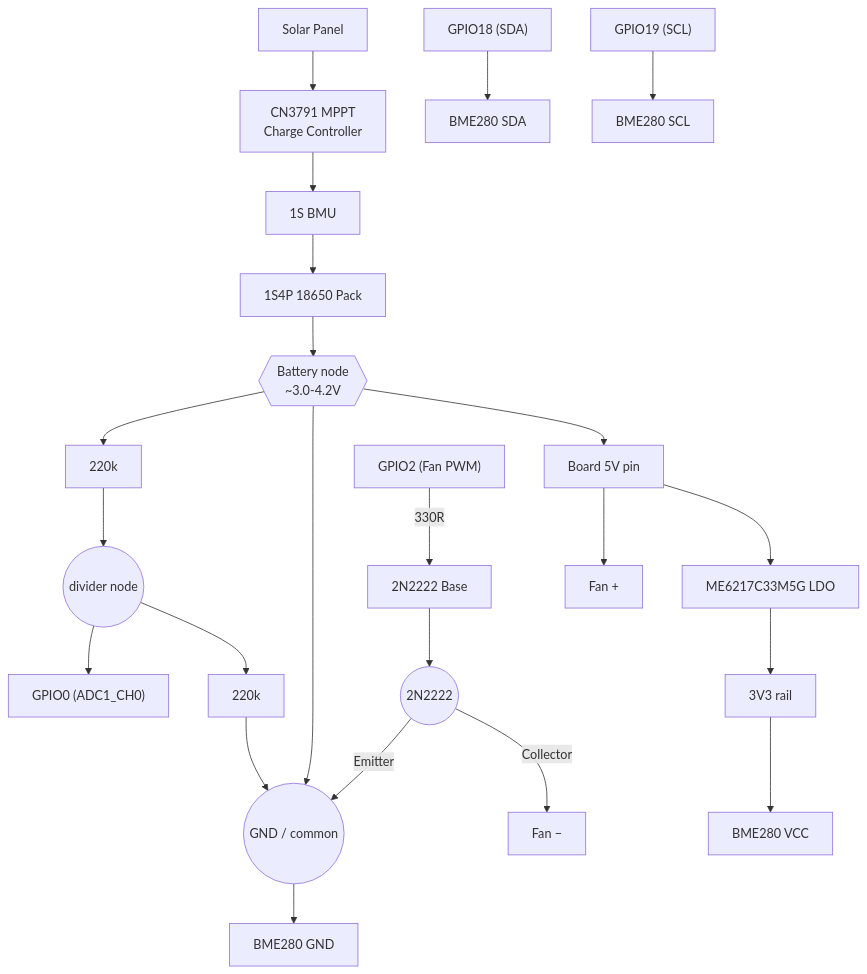
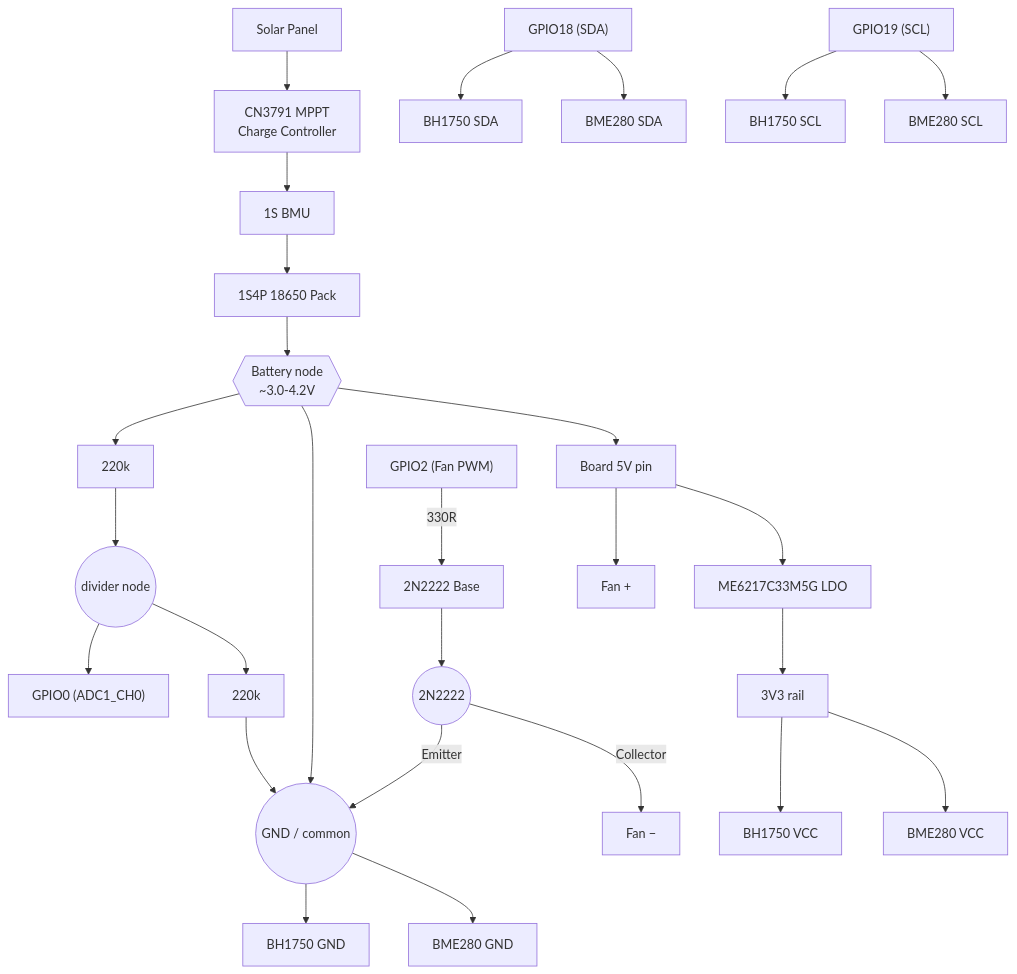
The diagram in README.md (mcleancraig/weather-sensor-esp32), drawn with Mermaid before and after one commit. The commit also changed other lines of this file and 2 other files, not shown here.

````diff
--- a/README.md
+++ b/README.md
@@ -67,29 +68,34 @@
 ```mermaid
 flowchart TD
     SOLAR[Solar Panel] --> CN3791[CN3791 MPPT<br/>Charge Controller]
     CN3791 --> BMU[1S BMU]
     BMU --> PACK[1S4P 18650 Pack]
     PACK --> VBATT{{"Battery node<br/>~3.0-4.2V"}}
 
     VBATT --> V5["Board 5V pin"]
     VBATT --> GND(("GND / common"))
     VBATT --> RA["220k"]
     RA --> ADCN(("divider node"))
     ADCN --> RB["220k"]
     RB --> GND
     ADCN --> GPIO0["GPIO0 (ADC1_CH0)"]
 
     V5 --> LDO["ME6217C33M5G LDO"]
     LDO --> V33["3V3 rail"]
 
     V33 --> BMEVCC["BME280 VCC"]
     GND --> BMEGND["BME280 GND"]
     GPIO18["GPIO18 (SDA)"] --> BMESDA["BME280 SDA"]
     GPIO19["GPIO19 (SCL)"] --> BMESCL["BME280 SCL"]
 
+    V33 --> BHVCC["BH1750 VCC"]
+    GND --> BHGND["BH1750 GND"]
+    GPIO18 --> BHSDA["BH1750 SDA"]
+    GPIO19 --> BHSCL["BH1750 SCL"]
+
     GPIO2["GPIO2 (Fan PWM)"] -->|330R| BASE["2N2222 Base"]
     BASE --> Q1(("2N2222"))
     Q1 -->|Collector| FANNEG["Fan −"]
     Q1 -->|Emitter| GND
     V5 --> FANPOS["Fan +"]
 ```
````
